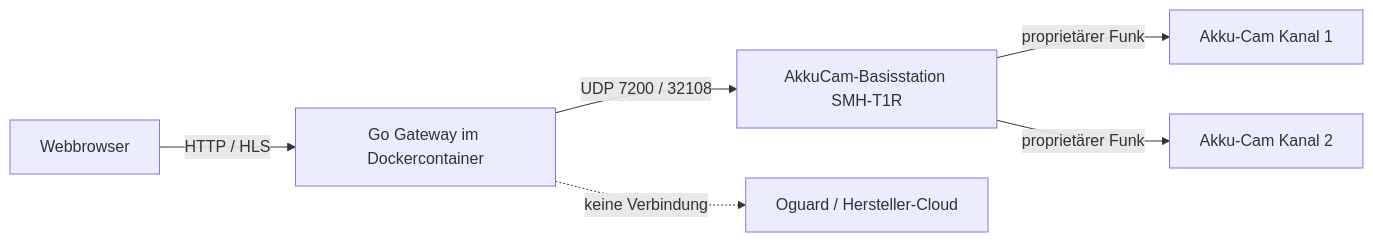
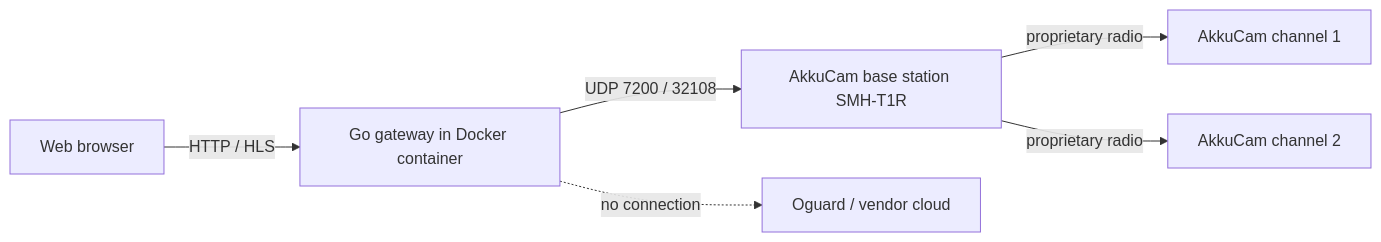
One commit to akaer/akkucam-gateway changed the first of 2 diagrams in specs/architecture.md. Above: the diagram before and after it, drawn with Mermaid. The commit also changed other lines of this file and 52 other files, not shown here.

````diff
--- a/specs/architecture.md
+++ b/specs/architecture.md
@@ -5,8 +5,8 @@
 ```mermaid
 flowchart LR
-    Browser[Webbrowser] -- HTTP / HLS --> Gateway[Go Gateway im Dockercontainer]
-    Gateway -- UDP 7200 / 32108 --> Hub[AkkuCam-Basisstation SMH-T1R]
-    Hub -- proprietärer Funk --> Cam1[Akku-Cam Kanal 1]
-    Hub -- proprietärer Funk --> Cam2[Akku-Cam Kanal 2]
-    Gateway -. keine Verbindung .-> Cloud[Oguard / Hersteller-Cloud]
+    Browser[Web browser] -- HTTP / HLS --> Gateway[Go gateway in Docker container]
+    Gateway -- UDP 7200 / 32108 --> Hub[AkkuCam base station SMH-T1R]
+    Hub -- proprietary radio --> Cam1[AkkuCam channel 1]
+    Hub -- proprietary radio --> Cam2[AkkuCam channel 2]
+    Gateway -. no connection .-> Cloud[Oguard / vendor cloud]
 ```
````
